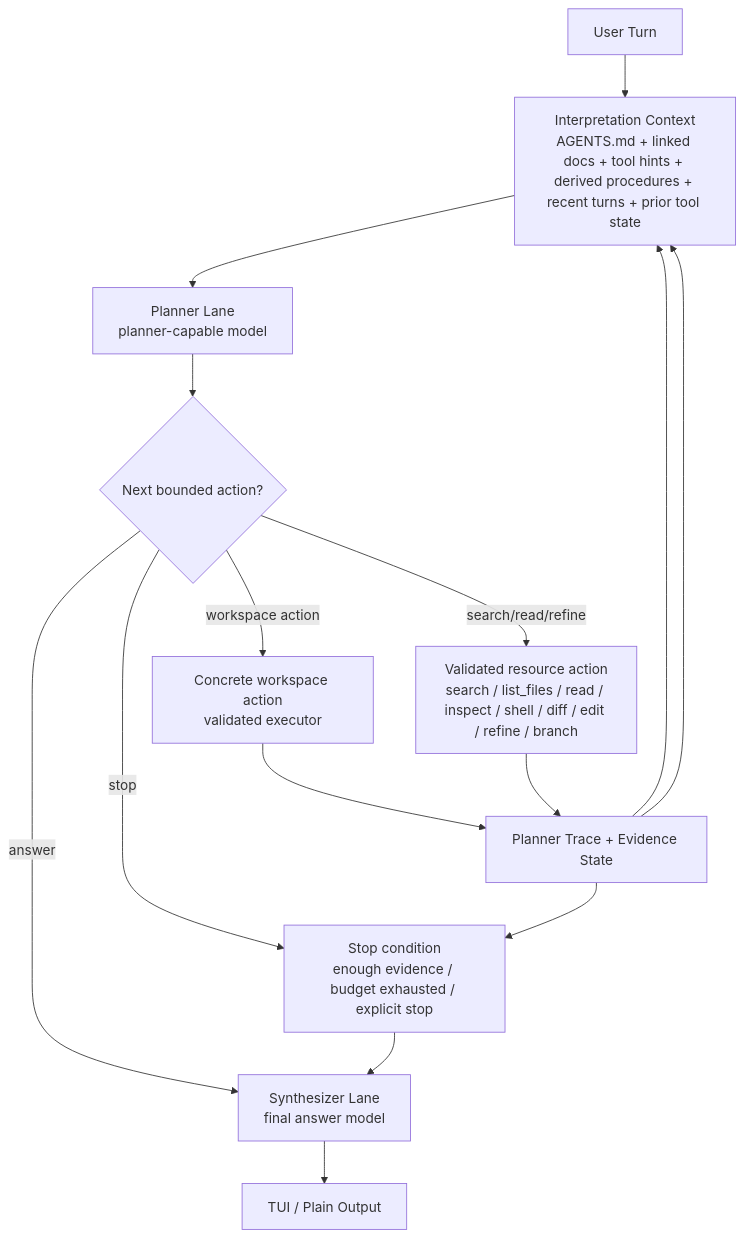
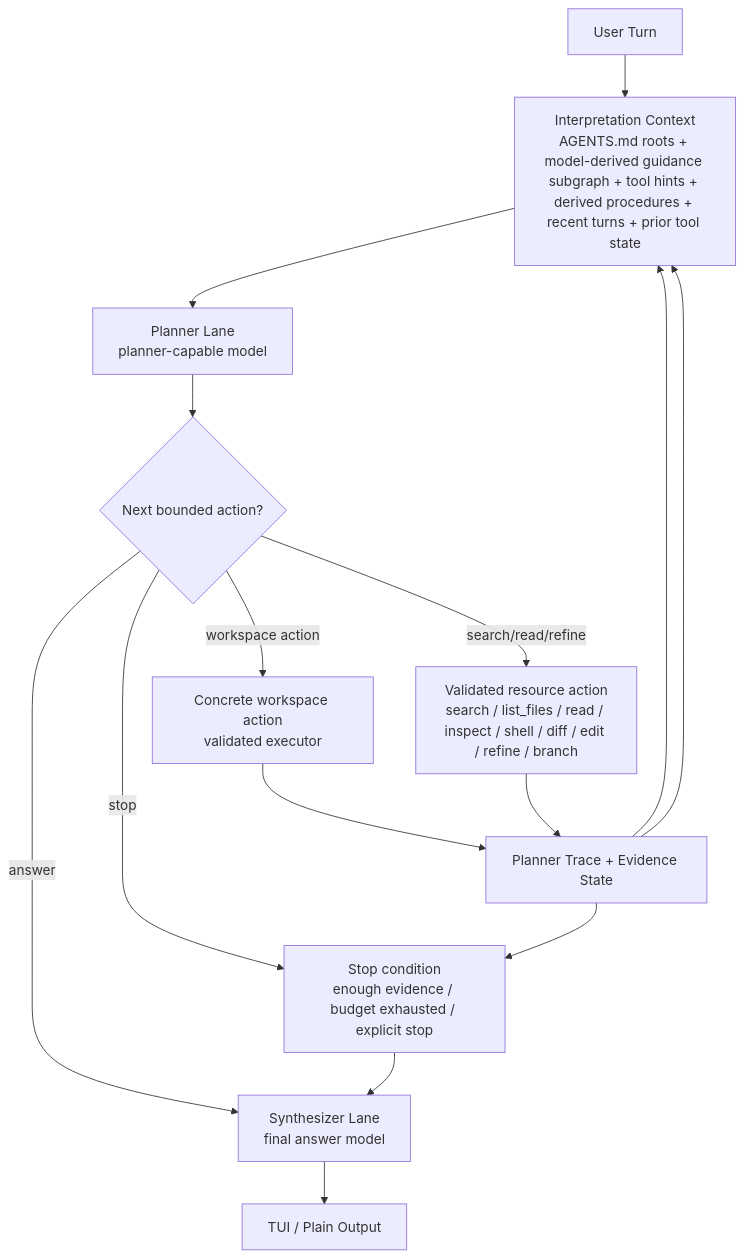
Before and after one commit to spoke-sh/paddles: the first of 5 diagrams in README.md, drawn with Mermaid. The commit also changed other lines of this file and 11 other files, not shown here.

First line of the commit message:
feat: derive guidance graph from agents memory

````diff
--- a/README.md
+++ b/README.md
@@ -25,21 +25,21 @@
 ```mermaid
 flowchart TD
     U["User Turn"]
-    I["Interpretation Context<br/>AGENTS.md + linked docs + tool hints + derived procedures + recent turns + prior tool state"]
+    I["Interpretation Context<br/>AGENTS.md roots + model-derived guidance subgraph + tool hints + derived procedures + recent turns + prior tool state"]
     P["Planner Lane<br/>planner-capable model"]
     D{"Next bounded action?"}
     A["Validated resource action<br/>search / list_files / read / inspect / shell / diff / edit / refine / branch"]
     X["Concrete workspace action<br/>validated executor"]
     S["Planner Trace + Evidence State"]
     T["Stop condition<br/>enough evidence / budget exhausted / explicit stop"]
     Y["Synthesizer Lane<br/>final answer model"]
     R["TUI / Plain Output"]
 
     U --> I --> P --> D
     D -->|answer| Y
     D -->|workspace action| X --> S --> I
     D -->|search/read/refine| A --> S --> I
     D -->|stop| T --> Y
     S --> T
     Y --> R
 ```
````
